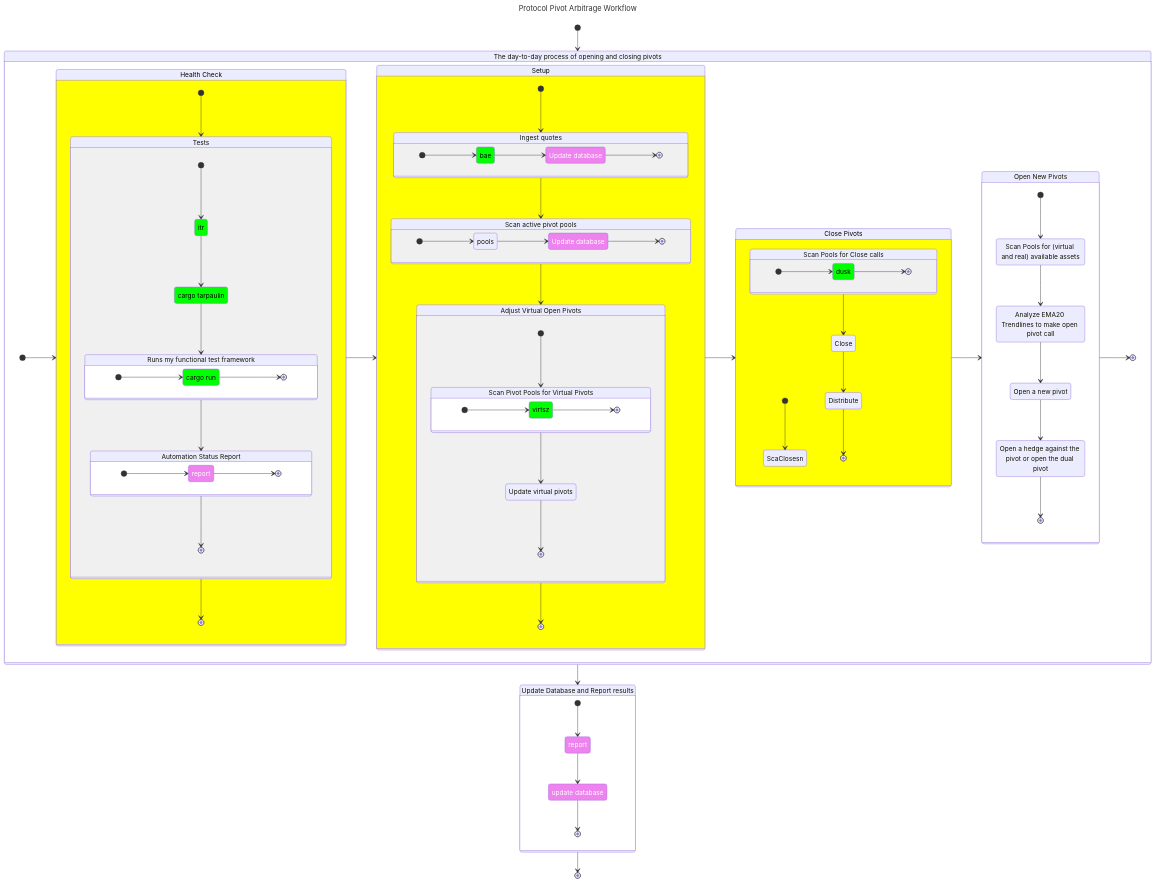
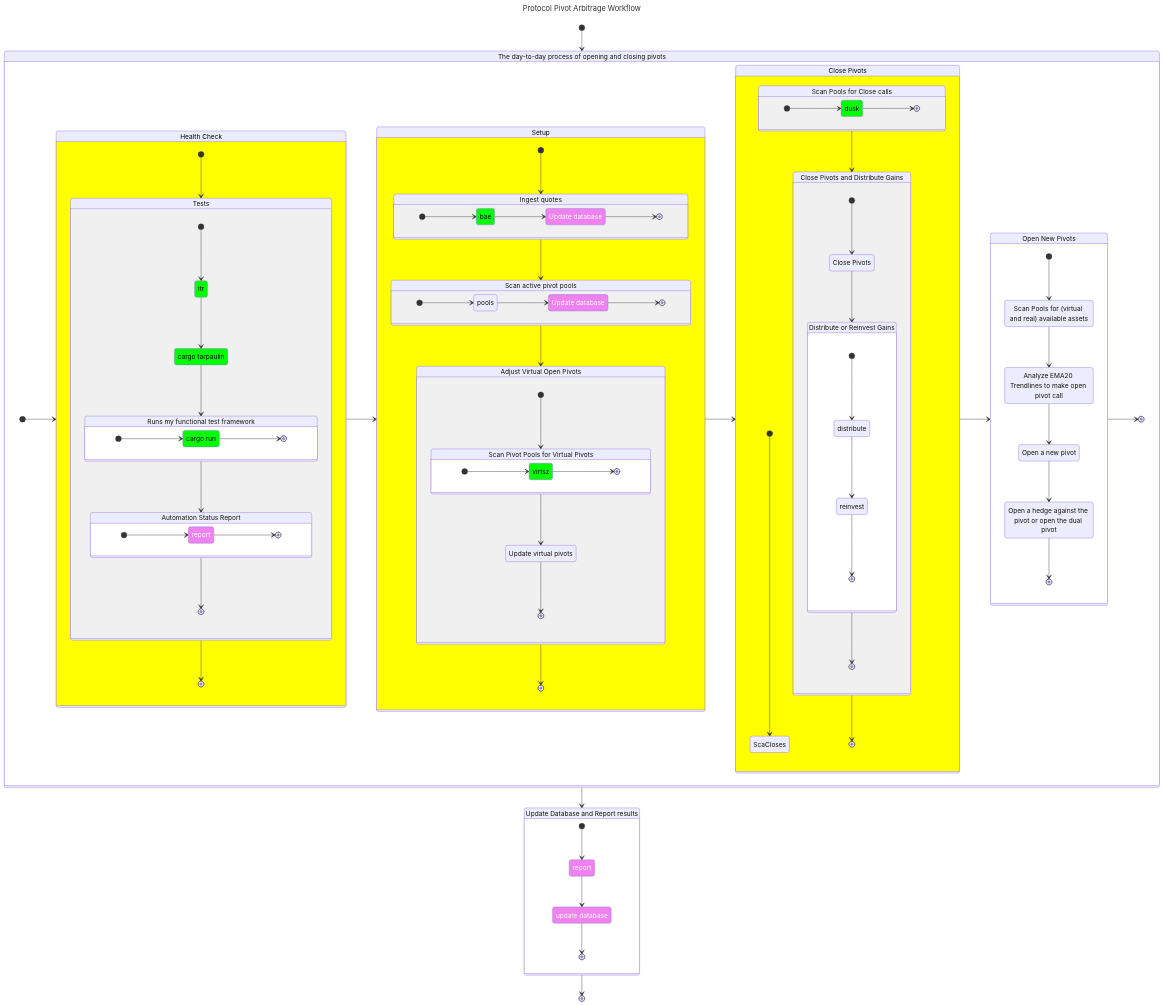
Before and after one commit to pivoteur/protocol: the diagram in dapps/README.md, drawn with Mermaid.

Commit message:
Fleshed out close and distribute workflow

```diff
--- a/dapps/README.md
+++ b/dapps/README.md
@@ -137,17 +137,32 @@
 
    Closes: Close Pivots
    state Closes {
-      [*] --> ScaClosesn
-      ScanCloses --> Close
-      Close --> Distribute
-      Distribute --> [*]
+      [*] --> ScaCloses
+      ScanCloses --> CloseAndDistribute
+      CloseAndDistribute --> [*]
 
       ScanCloses: Scan Pools for Close calls
       state ScanCloses {
-            direction LR
+         direction LR
 
          [*] --> dusk
          dusk --> [*]
+      }
+
+      CloseAndDistribute: Close Pivots and Distribute Gains
+      state CloseAndDistribute {
+         [*] --> Close
+         Close --> Distribute
+         Distribute --> [*]
+
+         Close: Close Pivots
+
+         Distribute: Distribute or Reinvest Gains
+         state Distribute {
+            [*] --> distribute
+            distribute --> reinvest
+            reinvest --> [*]
+         }
       }
    }
 
```
